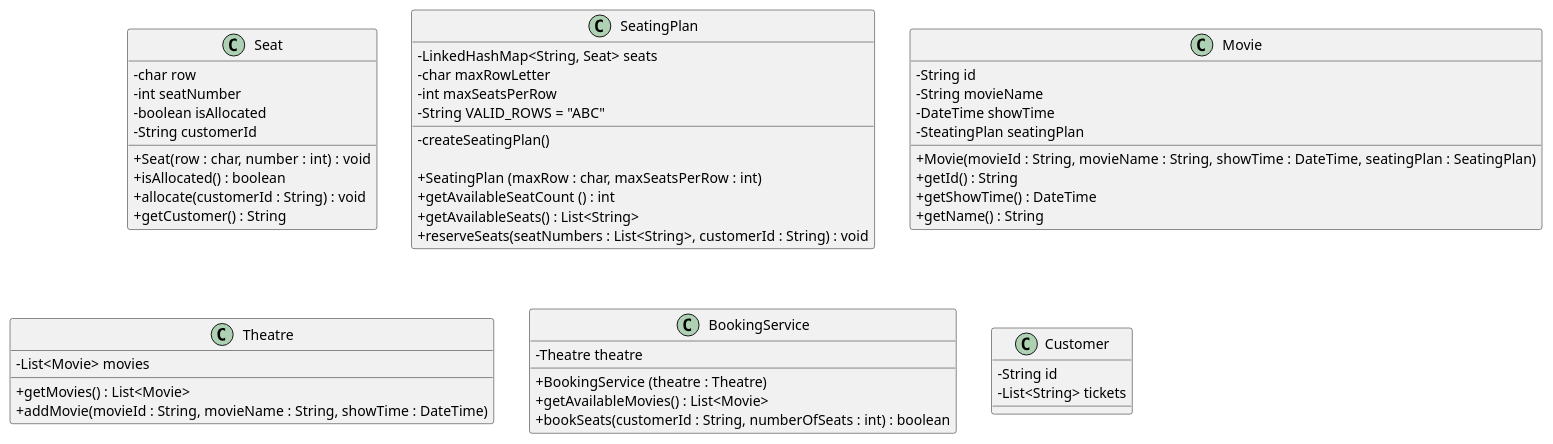
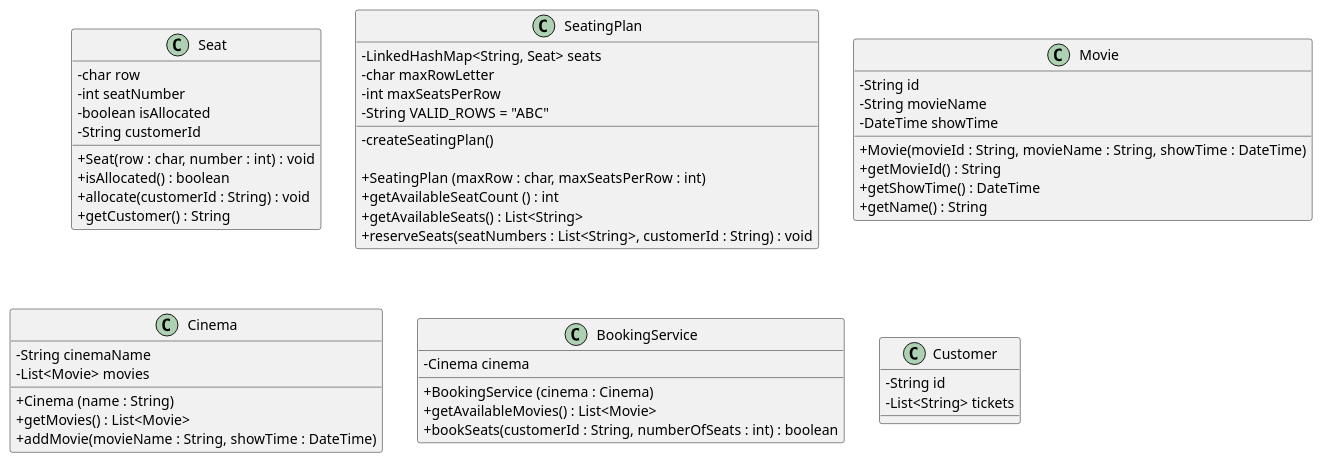
The diagram in uml/CinnamonCinema.puml (probert999/cinnamon-cinema), drawn with PlantUML before and after one commit. The commit also changed 7 other files, not shown here.

Commit message:
Added Movie and Cinema classes

```diff
--- a/uml/CinnamonCinema.puml
+++ b/uml/CinnamonCinema.puml
@@ -1,63 +1,64 @@
 @startuml
 skinparam classAttributeIconSize 0
 
 class Seat {
     - char row
     - int seatNumber
     - boolean isAllocated
     - String customerId
 
     + Seat(row : char, number : int) : void
     + isAllocated() : boolean
     + allocate(customerId : String) : void
     + getCustomer() : String
 }
 
 class SeatingPlan {
     - LinkedHashMap<String, Seat> seats
     - char maxRowLetter
     - int maxSeatsPerRow
     - String VALID_ROWS = "ABC"
 
     - createSeatingPlan()
 
     + SeatingPlan (maxRow : char, maxSeatsPerRow : int)
     + getAvailableSeatCount () : int
     + getAvailableSeats() : List<String>
     + reserveSeats(seatNumbers : List<String>, customerId : String) : void
 }
 
 class Movie {
     - String id
     - String movieName
     - DateTime showTime
-    - SteatingPlan seatingPlan
 
-    + Movie(movieId : String, movieName : String, showTime : DateTime, seatingPlan : SeatingPlan)
-    + getId() : String
+    + Movie(movieId : String, movieName : String, showTime : DateTime)
+    + getMovieId() : String
     + getShowTime() : DateTime
     + getName() : String
 }
 
-class Theatre {
+class Cinema {
+    - String cinemaName
     - List<Movie> movies
 
+    + Cinema (name : String)
     + getMovies() : List<Movie>
-    + addMovie(movieId : String, movieName : String, showTime : DateTime)
+    + addMovie(movieName : String, showTime : DateTime)
 }
 
 class BookingService {
-    - Theatre theatre
+    - Cinema cinema
 
-    + BookingService (theatre : Theatre)
+    + BookingService (cinema : Cinema)
     + getAvailableMovies() : List<Movie>
     + bookSeats(customerId : String, numberOfSeats : int) : boolean
 }
 
 class Customer {
     - String id
     - List<String> tickets
 }
 
 
 @enduml
```
